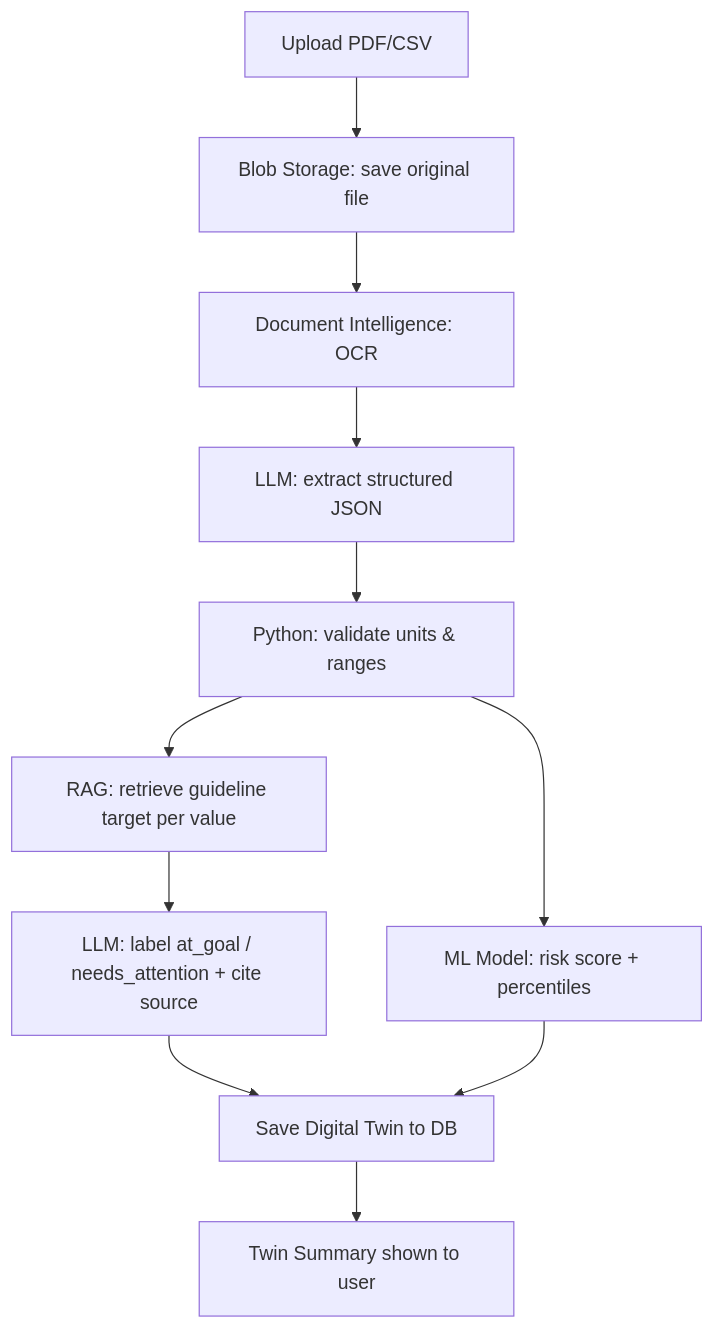
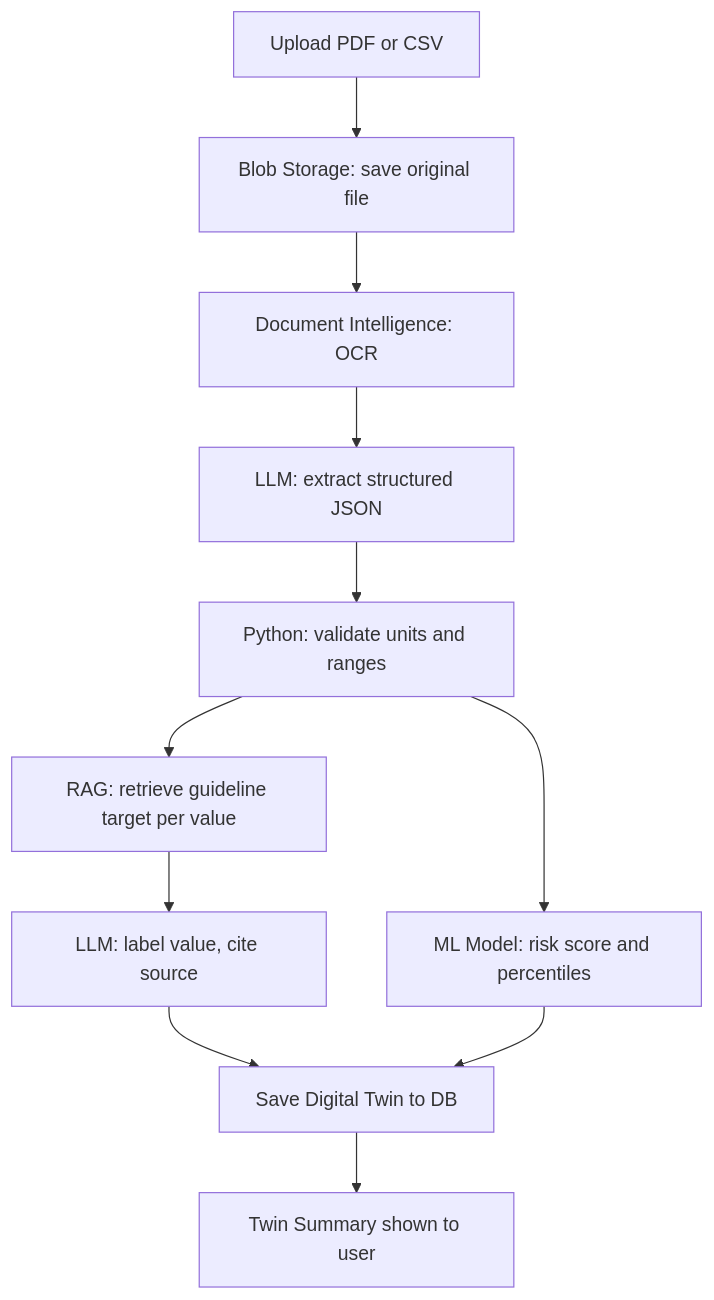
The first of 5 diagrams in readme.md (RobinChahal0010/MedTwin), drawn with Mermaid before and after one commit. The commit also changed other lines of this file, not shown here.

````diff
--- a/readme.md
+++ b/readme.md
@@ -93,13 +93,13 @@
 ```mermaid
 flowchart TD
-    A[Upload PDF/CSV] --> B[Blob Storage: save original file]
-    B --> C[Document Intelligence: OCR]
-    C --> D[LLM: extract structured JSON]
-    D --> E[Python: validate units & ranges]
-    E --> F[RAG: retrieve guideline target per value]
-    F --> G[LLM: label at_goal / needs_attention + cite source]
-    E --> H[ML Model: risk score + percentiles]
-    G --> I[Save Digital Twin to DB]
+    A["Upload PDF or CSV"] --> B["Blob Storage: save original file"]
+    B --> C["Document Intelligence: OCR"]
+    C --> D["LLM: extract structured JSON"]
+    D --> E["Python: validate units and ranges"]
+    E --> F["RAG: retrieve guideline target per value"]
+    F --> G["LLM: label value, cite source"]
+    E --> H["ML Model: risk score and percentiles"]
+    G --> I["Save Digital Twin to DB"]
     H --> I
-    I --> J[Twin Summary shown to user]
+    I --> J["Twin Summary shown to user"]
 ```
````
